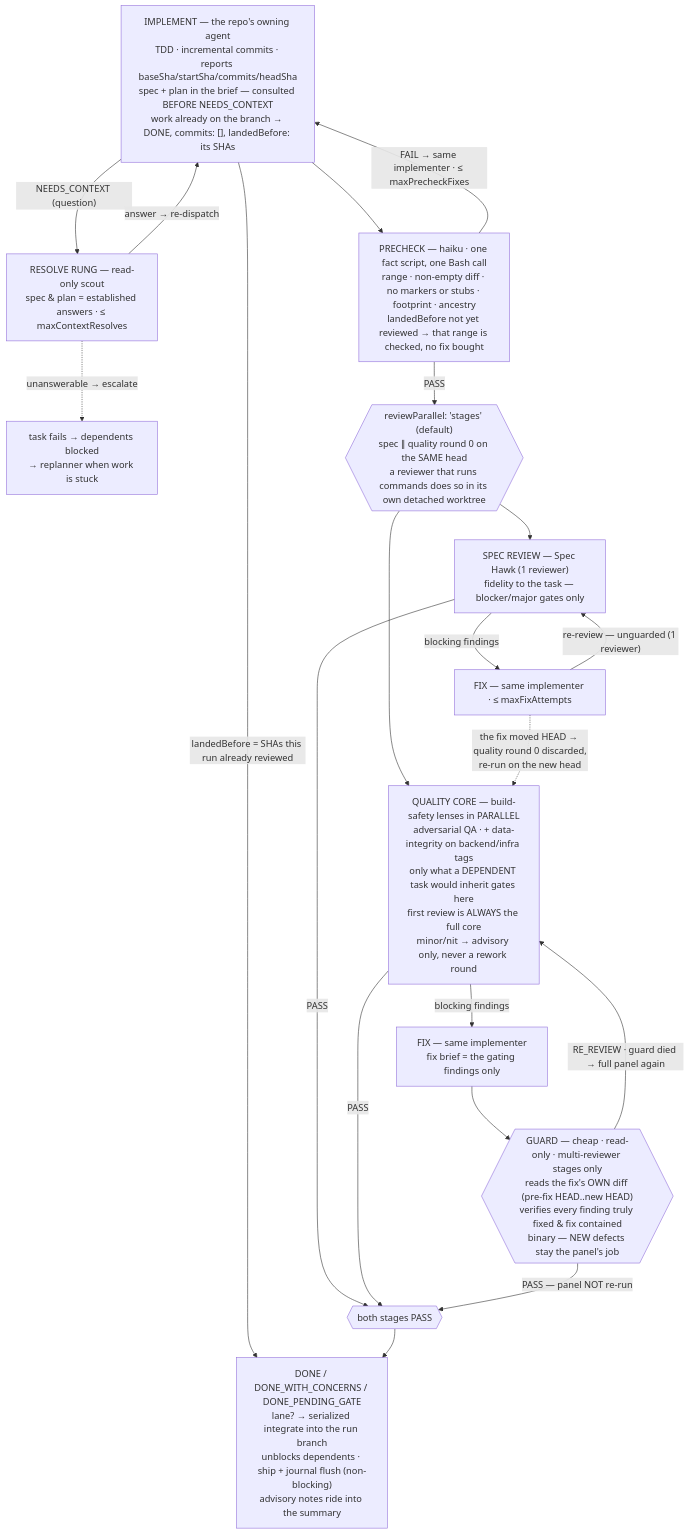
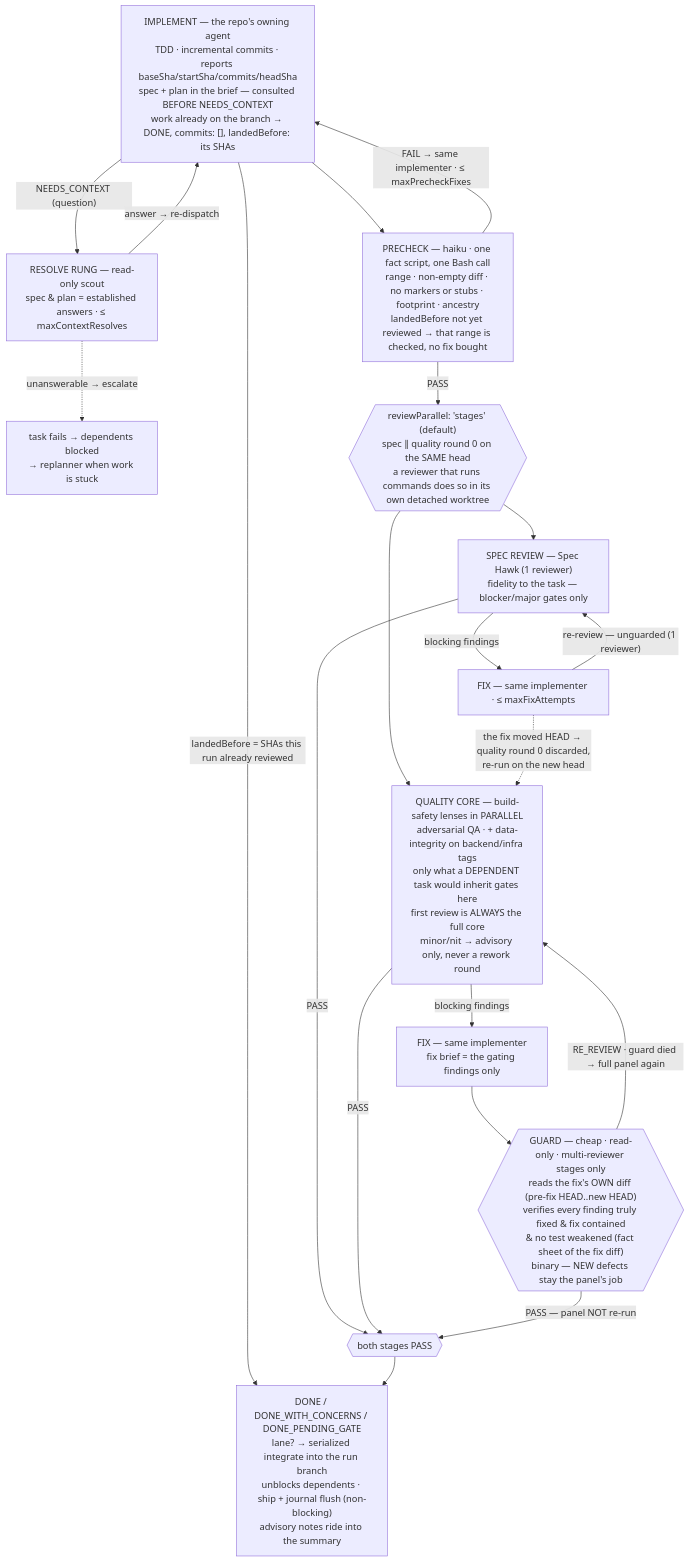
One commit to laurentlouk/grimoire changed the second of 3 diagrams in workflows/README.md. Above: the diagram before and after it, drawn with Mermaid. The commit also changed other lines of this file and 30 other files, not shown here.

````diff
--- a/workflows/README.md
+++ b/workflows/README.md
@@ -240,24 +240,24 @@
 ```mermaid
 flowchart TB
     impl["IMPLEMENT — the repo's owning agent\nTDD · incremental commits · reports baseSha/startSha/commits/headSha\nspec + plan in the brief — consulted BEFORE NEEDS_CONTEXT\nwork already on the branch → DONE, commits: [], landedBefore: its SHAs"]
     impl -- "NEEDS_CONTEXT (question)" --> scout["RESOLVE RUNG — read-only scout\nspec &amp; plan = established answers · ≤ maxContextResolves"]
     scout -- "answer → re-dispatch" --> impl
     scout -. "unanswerable → escalate" .-> esc["task fails → dependents blocked\n→ replanner when work is stuck"]
     impl -- "landedBefore = SHAs this run already reviewed" --> done
     impl --> pre["PRECHECK — haiku · one fact script, one Bash call\nrange · non-empty diff · no markers or stubs · footprint · ancestry\nlandedBefore not yet reviewed → that range is checked, no fix bought"]
     pre -- "FAIL → same implementer · ≤ maxPrecheckFixes" --> impl
     pre -- "PASS" --> par{{"reviewParallel: 'stages' (default)\nspec ∥ quality round 0 on the SAME head\na reviewer that runs commands does so in its own detached worktree"}}
     par --> specr["SPEC REVIEW — Spec Hawk (1 reviewer)\nfidelity to the task — blocker/major gates only"]
     par --> qr["QUALITY CORE — build-safety lenses in PARALLEL\nadversarial QA · + data-integrity on backend/infra tags\nonly what a DEPENDENT task would inherit gates here\nfirst review is ALWAYS the full core\nminor/nit → advisory only, never a rework round"]
     specr -- "blocking findings" --> fixs["FIX — same implementer · ≤ maxFixAttempts"]
     fixs -- "re-review — unguarded (1 reviewer)" --> specr
     fixs -. "the fix moved HEAD → quality round 0 discarded,\nre-run on the new head" .-> qr
     specr -- "PASS" --> both{{"both stages PASS"}}
     qr -- "PASS" --> both
     both --> done
     qr -- "blocking findings" --> fix["FIX — same implementer\nfix brief = the gating findings only"]
-    fix --> guard{{"GUARD — cheap · read-only · multi-reviewer stages only\nreads the fix's OWN diff (pre-fix HEAD‥new HEAD)\nverifies every finding truly fixed &amp; fix contained\nbinary — NEW defects stay the panel's job"}}
+    fix --> guard{{"GUARD — cheap · read-only · multi-reviewer stages only\nreads the fix's OWN diff (pre-fix HEAD‥new HEAD)\nverifies every finding truly fixed &amp; fix contained\n&amp; no test weakened (fact sheet of the fix diff)\nbinary — NEW defects stay the panel's job"}}
     guard -- "PASS — panel NOT re-run" --> both
     guard -- "RE_REVIEW · guard died → full panel again" --> qr
     done["DONE / DONE_WITH_CONCERNS / DONE_PENDING_GATE\nlane? → serialized integrate into the run branch\nunblocks dependents · ship + journal flush (non-blocking)\nadvisory notes ride into the summary"]
 ```
````
